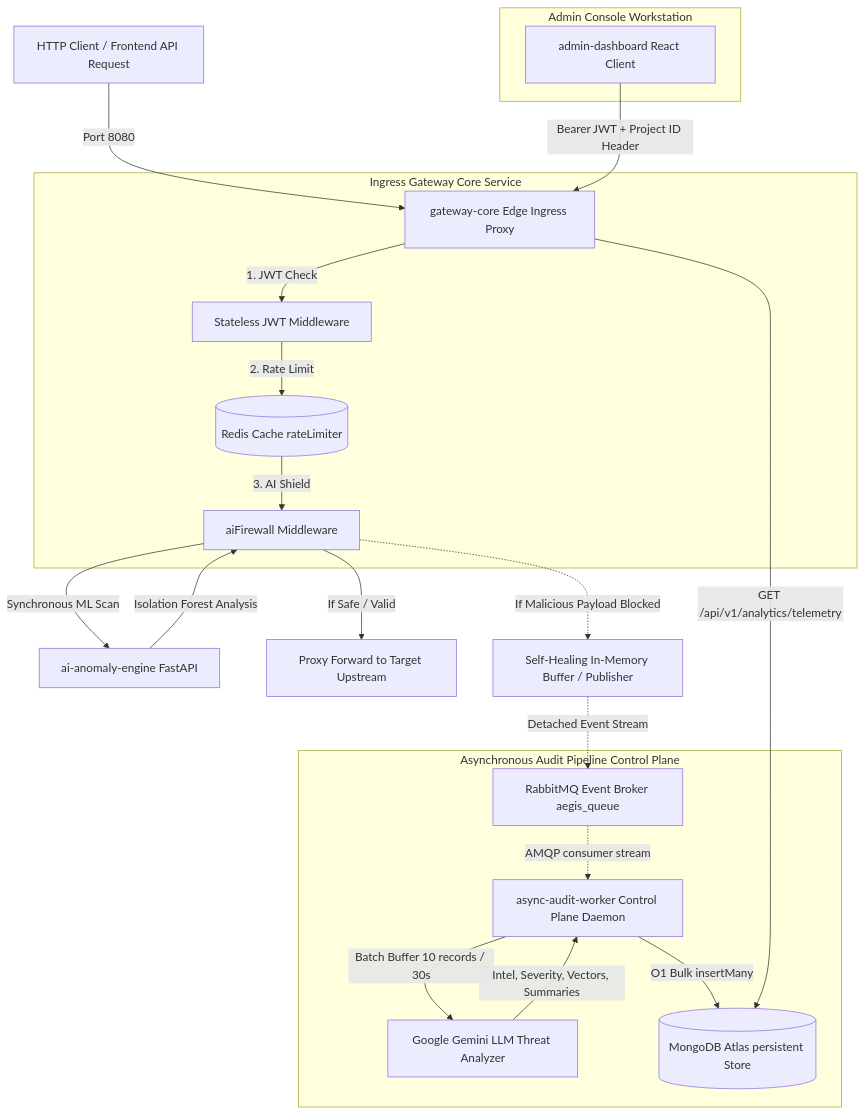
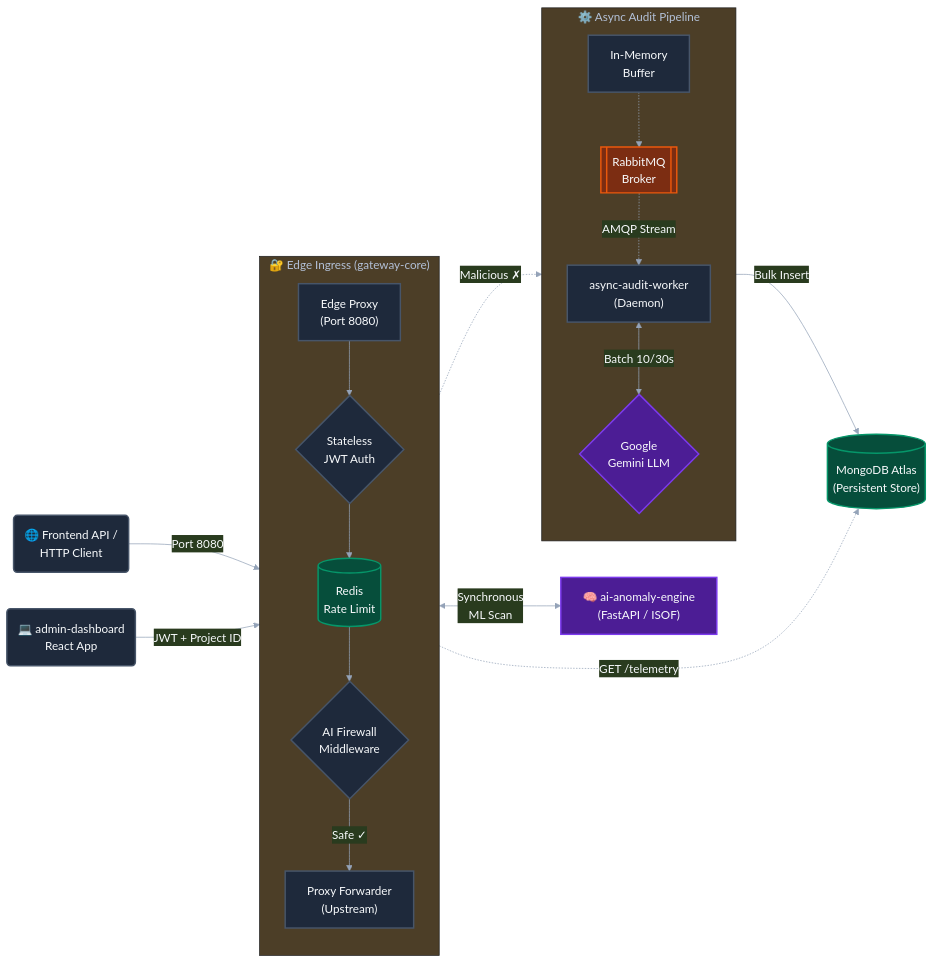
Before and after one commit to RohitSirvi898/AegisGate: the diagram in README.md, drawn with Mermaid.

Commit message:
Revise Unified Cybersecurity System Architecture diagram
Updated the architecture diagram with enhanced styling and structure.

````diff
--- a/README.md
+++ b/README.md
@@ -9,30 +9,66 @@
 ```mermaid
-graph TD
-    Client[HTTP Client / Frontend API Request] -->|Port 8080| Ingress[gateway-core Edge Ingress Proxy]
-    
-    subgraph Ingress Gateway Core Service
-        Ingress -->|1. JWT Check| JWT[Stateless JWT Middleware]
-        JWT -->|2. Rate Limit| RedisCache[(Redis Cache rateLimiter)]
-        RedisCache -->|3. AI Shield| AIFirewall[aiFirewall Middleware]
+%%{init: {'flowchart': {'htmlLabels': true, 'curve': 'bump'}, 'theme': 'base', 'themeVariables': { 'primaryColor': '#1e293b', 'primaryTextColor': '#f8fafc', 'primaryBorderColor': '#334155', 'lineColor': '#94a3b8'}}}%%
+graph LR
+    %% External Entities
+    Client("🌐 Frontend API /<br/>HTTP Client")
+    DashApp("💻 admin-dashboard<br/>React App")
+
+    %% Core Gateway Subgraph
+    subgraph GWCore ["🔐 Edge Ingress (gateway-core)"]
+        direction TB
+        Ingress["Edge Proxy<br/>(Port 8080)"]
+        JWT{"Stateless<br/>JWT Auth"}
+        Redis[("Redis<br/>Rate Limit")]
+        AIFire{"AI Firewall<br/>Middleware"}
+        Proxy["Proxy Forwarder<br/>(Upstream)"]
     end
-    
-    AIFirewall -->|Synchronous ML Scan| FastAPI[ai-anomaly-engine FastAPI]
-    FastAPI -->|Isolation Forest Analysis| AIFirewall
-    
-    AIFirewall -->|If Safe / Valid| ProxyForward[Proxy Forward to Target Upstream]
-    
-    AIFirewall -.->|If Malicious Payload Blocked| QueuePublish[Self-Healing In-Memory Buffer / Publisher]
-    QueuePublish -.->|Detached Event Stream| RabbitMQ[RabbitMQ Event Broker aegis_queue]
-    
-    subgraph Asynchronous Audit Pipeline Control Plane
-        RabbitMQ -.->|AMQP consumer stream| Worker[async-audit-worker Control Plane Daemon]
-        Worker -->|Batch Buffer 10 records / 30s| GeminiAI[Google Gemini LLM Threat Analyzer]
-        GeminiAI -->|Intel, Severity, Vectors, Summaries| Worker
-        Worker -->|O1 Bulk insertMany| MongoAtlas[(MongoDB Atlas persistent Store)]
+
+    %% AI Engine
+    FastAPI["🧠 ai-anomaly-engine<br/>(FastAPI / ISOF)"]
+
+    %% Async Audit Subgraph
+    subgraph AuditPlane ["⚙️ Async Audit Pipeline"]
+        direction TB
+        Queue["In-Memory<br/>Buffer"]
+        RabbitMQ[["RabbitMQ<br/>Broker"]]
+        Worker["async-audit-worker<br/>(Daemon)"]
+        GeminiAI{"Google<br/>Gemini LLM"}
     end
-    
-    subgraph Admin Console Workstation
-        Dashboard[admin-dashboard React Client] -->|Bearer JWT + Project ID Header| Ingress
-        Ingress -->|GET /api/v1/analytics/telemetry| MongoAtlas
-    end
+
+    %% Data Store
+    Mongo[("MongoDB Atlas<br/>(Persistent Store)")]
+
+    %% Flow connections
+    Client -->|Port 8080| Ingress
+    DashApp -->|JWT + Project ID| Ingress
+
+    Ingress --> JWT
+    JWT --> Redis
+    Redis --> AIFire
+
+    %% AI Sync loop
+    AIFire <-->|Synchronous<br/>ML Scan| FastAPI
+
+    %% Good traffic
+    AIFire -->|Safe ✓| Proxy
+
+    %% Bad traffic
+    AIFire -.->|Malicious ✗| Queue
+    Queue -.-> RabbitMQ
+    RabbitMQ -.->|AMQP Stream| Worker
+    Worker <-->|Batch 10/30s| GeminiAI
+    Worker -->|Bulk Insert| Mongo
+
+    %% Dashboard telemetry fetch
+    Ingress -.->|GET /telemetry| Mongo
+
+    %% Styling
+    classDef default fill:#1e293b,stroke:#475569,stroke-width:2px,color:#f8fafc;
+    classDef db fill:#064e3b,stroke:#059669,stroke-width:2px;
+    classDef ai fill:#4c1d95,stroke:#7c3aed,stroke-width:2px;
+    classDef broker fill:#7c2d12,stroke:#ea580c,stroke-width:2px;
+
+    class Redis,Mongo db;
+    class FastAPI,GeminiAI ai;
+    class RabbitMQ broker;
 ```
````
